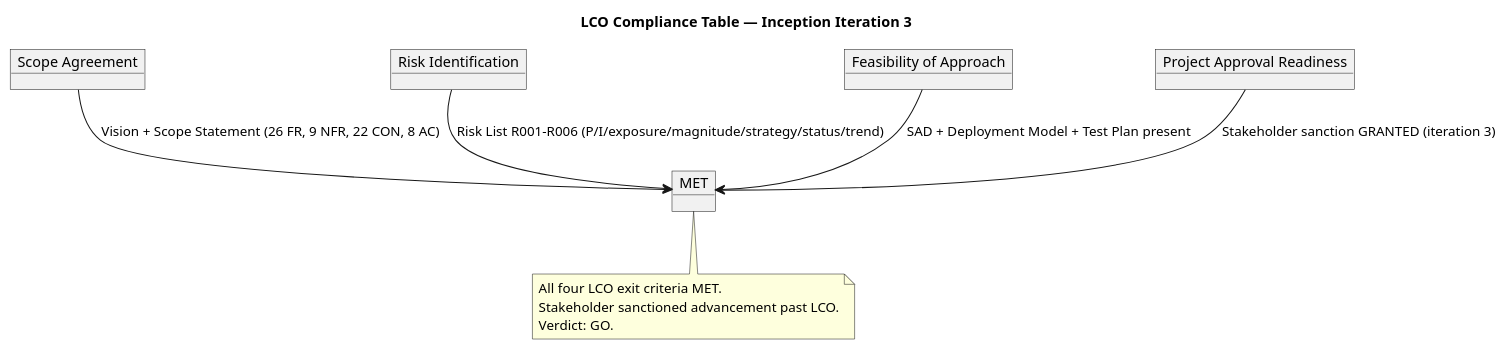
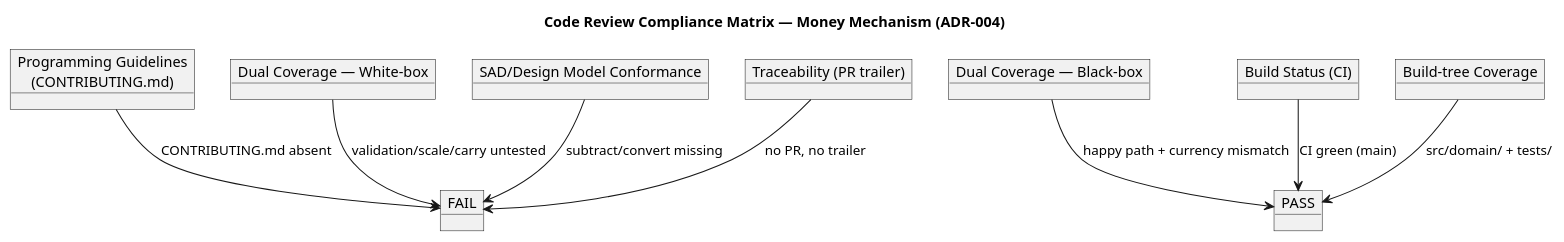
Before and after one commit to banense-test/trademe: the first of 2 diagrams in docs/artifacts/project-management/review-record.md, drawn with PlantUML. The commit also changed other lines of this file, not shown here.

First line of the commit message:
Code Reviewer [E1]: upsert Review Record

````diff
--- a/docs/artifacts/project-management/review-record.md
+++ b/docs/artifacts/project-management/review-record.md
@@ -25,23 +28,25 @@
 ```plantuml
 @startuml
-title LCO Compliance Table — Inception Iteration 3
+title Code Review Compliance Matrix — Money Mechanism (ADR-004)
 
-object "Scope Agreement" as C1
-object "Risk Identification" as C2
-object "Feasibility of Approach" as C3
-object "Project Approval Readiness" as C4
+object "Programming Guidelines\n(CONTRIBUTING.md)" as C1
+object "Dual Coverage — Black-box" as C2
+object "Dual Coverage — White-box" as C3
+object "SAD/Design Model Conformance" as C4
+object "Traceability (PR trailer)" as C5
+object "Build Status (CI)" as C6
+object "Build-tree Coverage" as C7
 
-object "MET" as M
+object "PASS" as P
+object "FAIL" as F
 
-C1 --> M : Vision + Scope Statement (26 FR, 9 NFR, 22 CON, 8 AC)
-C2 --> M : Risk List R001-R006 (P/I/exposure/magnitude/strategy/status/trend)
-C3 --> M : SAD + Deployment Model + Test Plan present
-C4 --> M : Stakeholder sanction GRANTED (iteration 3)
+C1 --> F : CONTRIBUTING.md absent
+C2 --> P : happy path + currency mismatch
+C3 --> F : validation/scale/carry untested
+C4 --> F : subtract/convert missing
+C5 --> F : no PR, no trailer
+C6 --> P : CI green (main)
+C7 --> P : src/domain/ + tests/
 
-note bottom of M
-  All four LCO exit criteria MET.
-  Stakeholder sanctioned advancement past LCO.
-  Verdict: GO.
-end note
 @enduml
 ```
````
